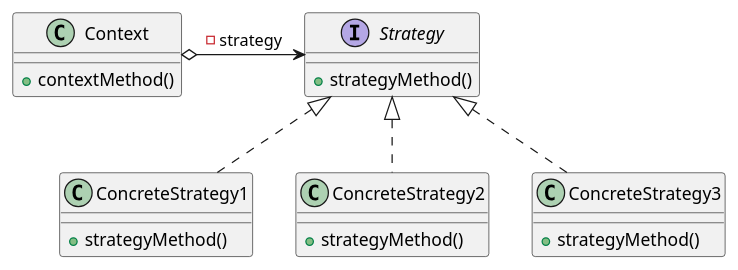
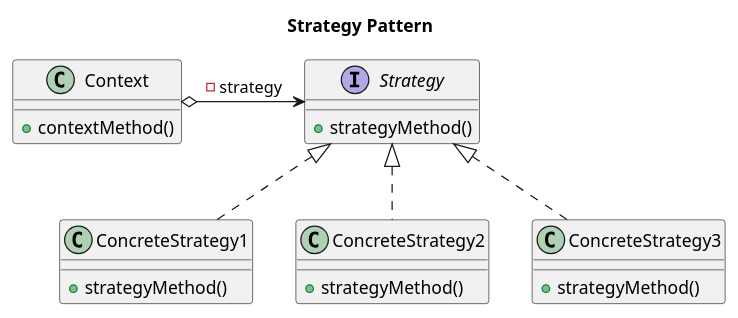
The diagram in ch05-strategy-pattern/diagrams/strategy-pattern-collaboration.puml (walbatrossw/java-design-patterns), drawn with PlantUML before and after one commit. The commit also changed 10 other files, not shown here.

Commit message:
56th commit : strategy pattern 6

```diff
--- a/ch05-strategy-pattern/diagrams/strategy-pattern-collaboration.puml
+++ b/ch05-strategy-pattern/diagrams/strategy-pattern-collaboration.puml
@@ -1,18 +1,20 @@
 @startuml
+title Strategy Pattern
+
 class Context
 interface Strategy
 class ConcreteStrategy1
 class ConcreteStrategy2
 class ConcreteStrategy3
 
 Context  o-> Strategy : -strategy
 Strategy <|.. ConcreteStrategy1
 Strategy <|.. ConcreteStrategy2
 Strategy <|.. ConcreteStrategy3
 
 Context : +contextMethod()
 Strategy : +strategyMethod()
 ConcreteStrategy1 : +strategyMethod()
 ConcreteStrategy2 : +strategyMethod()
 ConcreteStrategy3 : +strategyMethod()
 @enduml
```
